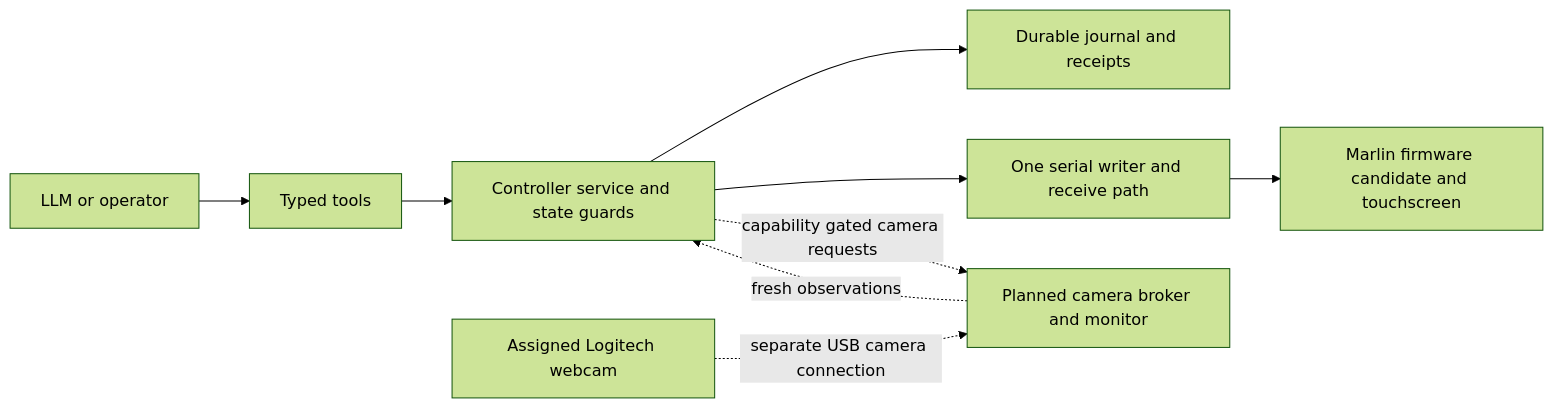
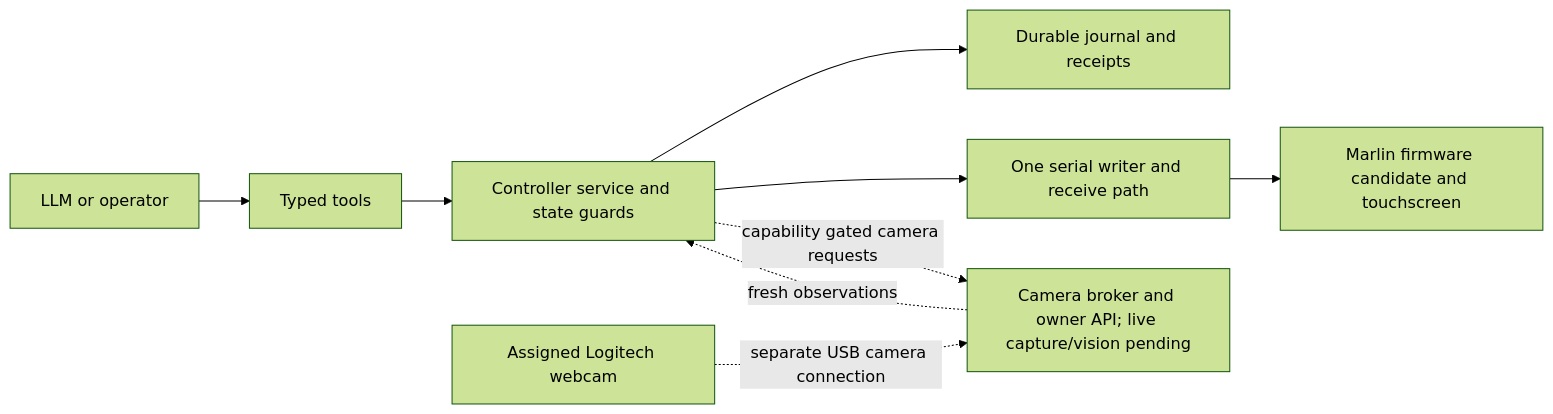
The diagram in docs/architecture.md (joenewbry/creality-for-llm), drawn with Mermaid (forest theme) before and after one commit. The commit also changed 8 other files, not shown here.

Commit message:
Add capture-owner API, atomic frame publication and control fences

````diff
--- a/docs/architecture.md
+++ b/docs/architecture.md
@@ -9,11 +9,11 @@
 ```mermaid
 flowchart LR
     L[LLM or operator] --> T[Typed tools]
     T --> S[Controller service and state guards]
     S --> J[Durable journal and receipts]
     S --> W[One serial writer and receive path]
     W --> F[Marlin firmware candidate and touchscreen]
-    C[Planned camera broker and monitor] -. fresh observations .-> S
+    C[Camera broker and owner API; live capture/vision pending] -. fresh observations .-> S
     S -. capability gated camera requests .-> C
     U[Assigned Logitech webcam] -. separate USB camera connection .-> C
 ```
````
